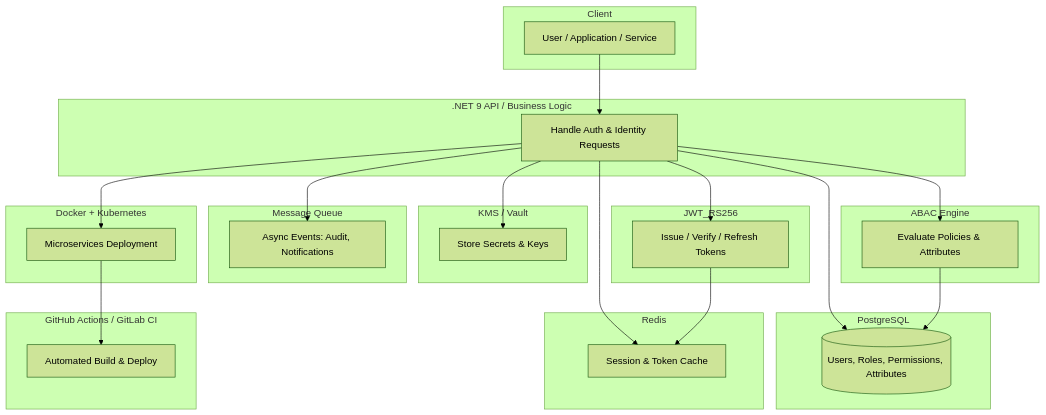
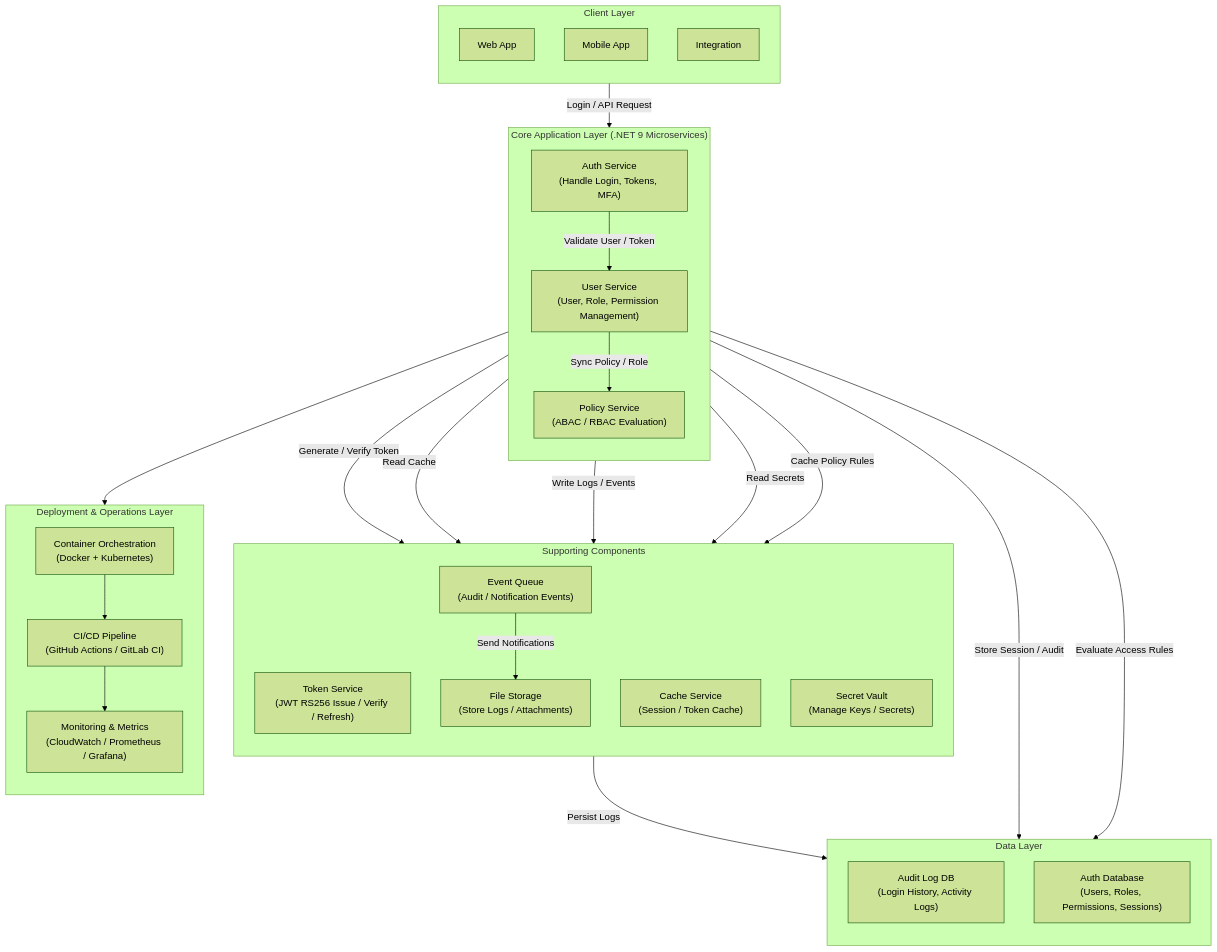
One commit to ittikornsopawan/domain-driven-design-cqrs-architecture changed the first of 2 diagrams in Service-Design/IAM.md. Above: the diagram before and after it, drawn with Mermaid (forest theme).

Commit message:
Add Service Design v2

````diff
--- a/Service-Design/IAM.md
+++ b/Service-Design/IAM.md
@@ -113,55 +113,76 @@
 ```mermaid
 flowchart TD
-    subgraph Client
-        U[User / Application / Service]
+    %% ==========================
+    %% Clients
+    %% ==========================
+    subgraph Client["Client Layer"]
+        direction TB
+        Web["Web App"]
+        Mobile["Mobile App"]
+        Other["Integration"]
     end
 
-    subgraph API[".NET 9 API / Business Logic"]
-        B[Handle Auth & Identity Requests]
+    %% ==========================
+    %% API / Core Services
+    %% ==========================
+    subgraph Core["Core Application Layer (.NET 9 Microservices)"]
+        direction TB
+        AuthAPI["Auth Service<br/>(Handle Login, Tokens, MFA)"]
+        UserAPI["User Service<br/>(User, Role, Permission Management)"]
+        PolicyAPI["Policy Service<br/>(ABAC / RBAC Evaluation)"]
     end
 
-    subgraph AuthDB["PostgreSQL"]
-        DB[(Users, Roles, Permissions, Attributes)]
+    %% ==========================
+    %% Supporting Components
+    %% ==========================
+    subgraph Components["Supporting Components"]
+        direction TB
+        TokenService["Token Service<br/>(JWT RS256 Issue / Verify / Refresh)"]
+        Cache["Cache Service<br/>(Session / Token Cache)"]
+        SecretVault["Secret Vault<br/>(Manage Keys / Secrets)"]
+        Queue["Event Queue<br/>(Audit / Notification Events)"]
+        FileStorage["File Storage<br/>(Store Logs / Attachments)"]
     end
 
-    subgraph Cache["Redis"]
-        C[Session & Token Cache]
+    %% ==========================
+    %% Data Layer
+    %% ==========================
+    subgraph DataLayer["Data Layer"]
+        direction TB
+        LogDB["Audit Log DB<br/>(Login History, Activity Logs)"]
+        AuthDB["Auth Database<br/>(Users, Roles, Permissions, Sessions)"]
     end
 
-    subgraph Token["JWT_RS256"]
-        T[Issue / Verify / Refresh Tokens]
+    %% ==========================
+    %% DevOps Layer
+    %% ==========================
+    subgraph Platform["Deployment & Operations Layer"]
+        direction TB
+        Container["Container Orchestration<br/>(Docker + Kubernetes)"]
+        CICD["CI/CD Pipeline<br/>(GitHub Actions / GitLab CI)"]
+        Monitor["Monitoring & Metrics<br/>(CloudWatch / Prometheus / Grafana)"]
     end
 
-    subgraph ABAC["ABAC Engine"]
-        A[Evaluate Policies & Attributes]
-    end
+    %% ==========================
+    %% Flows
+    %% ==========================
+    Client -->|"Login / API Request"| AuthAPI
+    AuthAPI -->|"Validate User / Token"| UserAPI
+    AuthAPI -->|"Generate / Verify Token"| TokenService
+    AuthAPI -->|"Read Cache"| Cache
+    AuthAPI -->|"Write Logs / Events"| Queue
+    AuthAPI -->|"Read Secrets"| SecretVault
+    AuthAPI -->|"Store Session / Audit"| AuthDB
 
-    subgraph Secret["KMS / Vault"]
-        S[Store Secrets & Keys]
-    end
+    UserAPI -->|"Sync Policy / Role"| PolicyAPI
+    PolicyAPI -->|"Evaluate Access Rules"| AuthDB
+    PolicyAPI -->|"Cache Policy Rules"| Cache
 
-    subgraph Queue["Message Queue"]
-        M[Async Events: Audit, Notifications]
-    end
+    Queue -->|"Persist Logs"| LogDB
+    Queue -->|"Send Notifications"| FileStorage
 
-    subgraph Container["Docker + Kubernetes"]
-        K[Microservices Deployment]
-    end
-
-    subgraph CICD["GitHub Actions / GitLab CI"]
-        CI[Automated Build & Deploy]
-    end
-
-    %% Flow
-    U --> B
-    B --> DB
-    B --> C
-    B --> T
-    B --> A
-    A --> DB
-    T --> C
-    B --> M
-    B --> S
-    B --> K
-    K --> CI
+    %% DevOps Integration
+    Core --> Container
+    Container --> CICD
+    CICD --> Monitor
 ```
````
